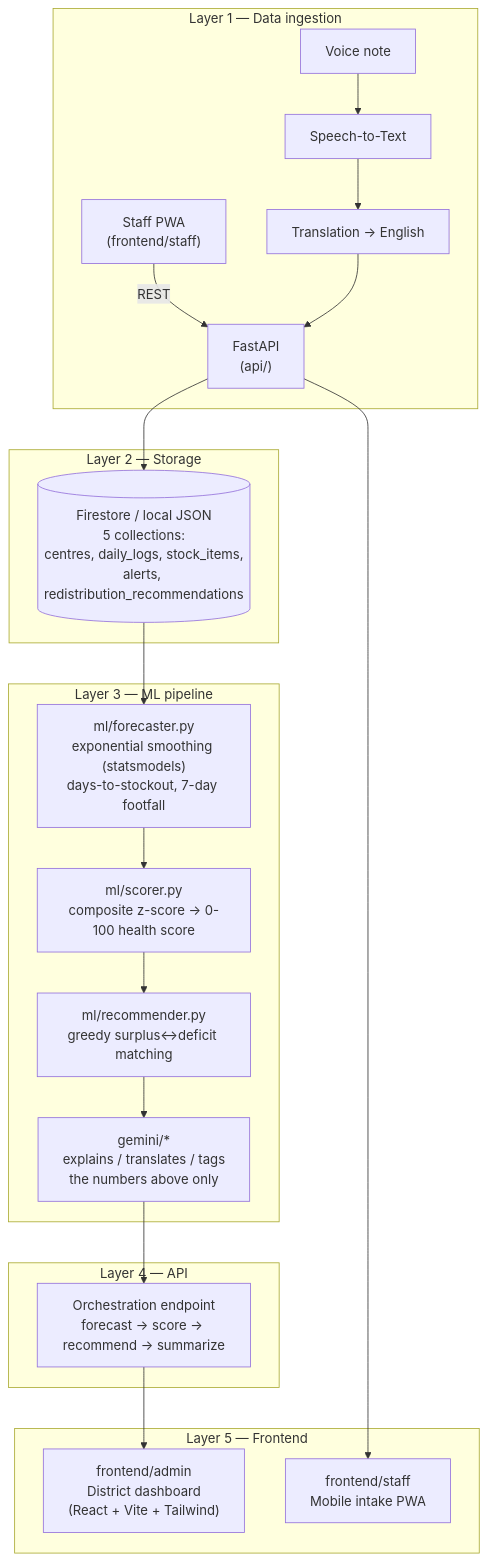
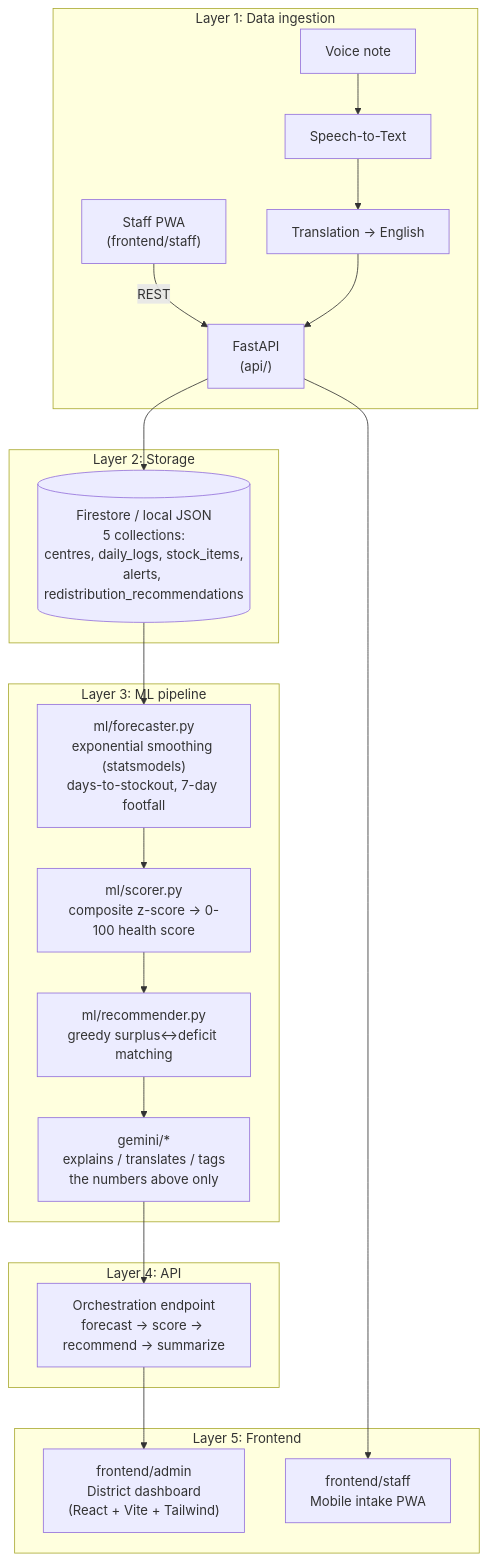
The diagram in README.md (aarushitandon0/cfc), drawn with Mermaid before and after one commit. The commit also changed other lines of this file and 1 other file, not shown here.

````diff
--- a/README.md
+++ b/README.md
@@ -34,32 +34,32 @@
 ```mermaid
 flowchart TB
-    subgraph L1["Layer 1 — Data ingestion"]
+    subgraph L1["Layer 1: Data ingestion"]
         Staff["Staff PWA\n(frontend/staff)"] -->|REST| API["FastAPI\n(api/)"]
         Voice["Voice note"] --> STT["Speech-to-Text"] --> Translate["Translation -> English"] --> API
     end
 
-    subgraph L2["Layer 2 — Storage"]
+    subgraph L2["Layer 2: Storage"]
         DB[("Firestore / local JSON\n5 collections:\ncentres, daily_logs, stock_items,\nalerts, redistribution_recommendations")]
     end
 
-    subgraph L3["Layer 3 — ML pipeline"]
+    subgraph L3["Layer 3: ML pipeline"]
         Forecaster["ml/forecaster.py\nexponential smoothing (statsmodels)\ndays-to-stockout, 7-day footfall"]
         Scorer["ml/scorer.py\ncomposite z-score -> 0-100 health score"]
         Recommender["ml/recommender.py\ngreedy surplus<->deficit matching"]
         Gemini["gemini/*\nexplains / translates / tags\nthe numbers above only"]
     end
 
-    subgraph L4["Layer 4 — API"]
+    subgraph L4["Layer 4: API"]
         Orchestration["Orchestration endpoint\nforecast -> score -> recommend -> summarize"]
     end
 
-    subgraph L5["Layer 5 — Frontend"]
+    subgraph L5["Layer 5: Frontend"]
         Admin["frontend/admin\nDistrict dashboard\n(React + Vite + Tailwind)"]
         StaffUI["frontend/staff\nMobile intake PWA"]
     end
 
     API --> DB
     DB --> Forecaster --> Scorer --> Recommender --> Gemini --> Orchestration
     Orchestration --> Admin
     API --> StaffUI
 ```
````
